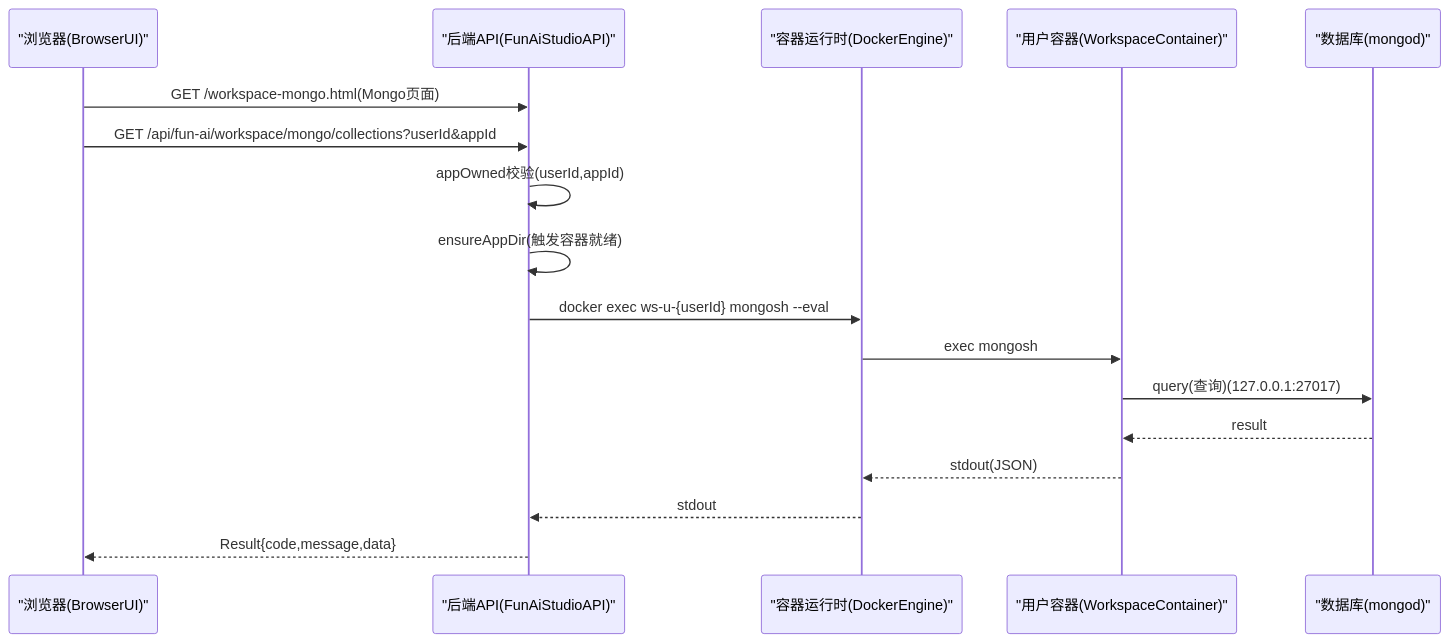
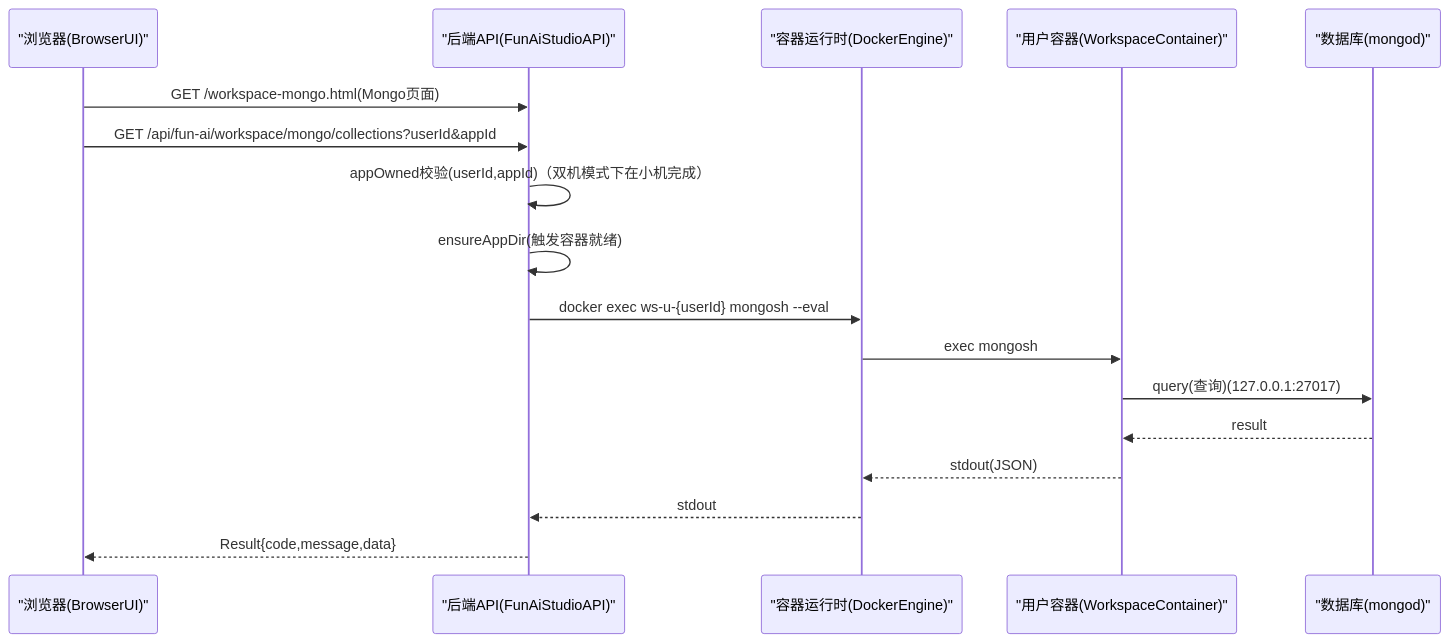
One commit to ruiAndroid/fun-ai-studio-api changed the diagram in src/main/resources/doc/domains/workspace/mongo-explorer.md. Above: the diagram before and after it, drawn with Mermaid. The commit also changed other lines of this file and 9 other files, not shown here.

````diff
--- a/src/main/resources/doc/domains/workspace/mongo-explorer.md
+++ b/src/main/resources/doc/domains/workspace/mongo-explorer.md
@@ -30,20 +32,20 @@
 ```mermaid
 sequenceDiagram
 participant Browser as "浏览器(BrowserUI)"
 participant Api as "后端API(FunAiStudioAPI)"
 participant Docker as "容器运行时(DockerEngine)"
 participant WsContainer as "用户容器(WorkspaceContainer)"
 participant Mongo as "数据库(mongod)"
 
 Browser->>Api: GET /workspace-mongo.html(Mongo页面)
 Browser->>Api: GET /api/fun-ai/workspace/mongo/collections?userId&appId
-Api->>Api: appOwned校验(userId,appId)
+Api->>Api: appOwned校验(userId,appId)（双机模式下在小机完成）
 Api->>Api: ensureAppDir(触发容器就绪)
 Api->>Docker: docker exec ws-u-{userId} mongosh --eval
 Docker->>WsContainer: exec mongosh
 WsContainer->>Mongo: query(查询)(127.0.0.1:27017)
 Mongo-->>WsContainer: result
 WsContainer-->>Docker: stdout(JSON)
 Docker-->>Api: stdout
 Api-->>Browser: Result{code,message,data}
 ```
````
